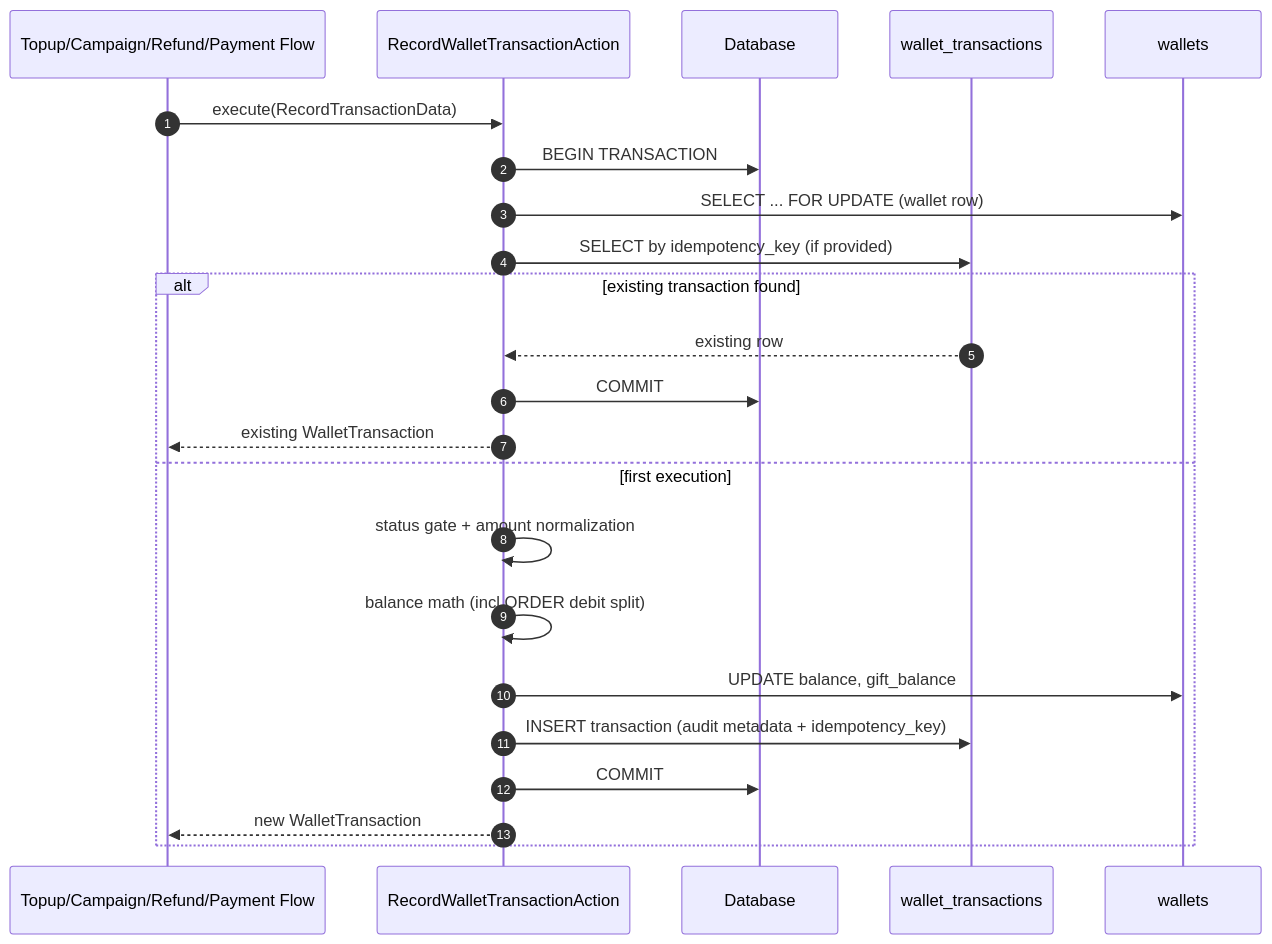
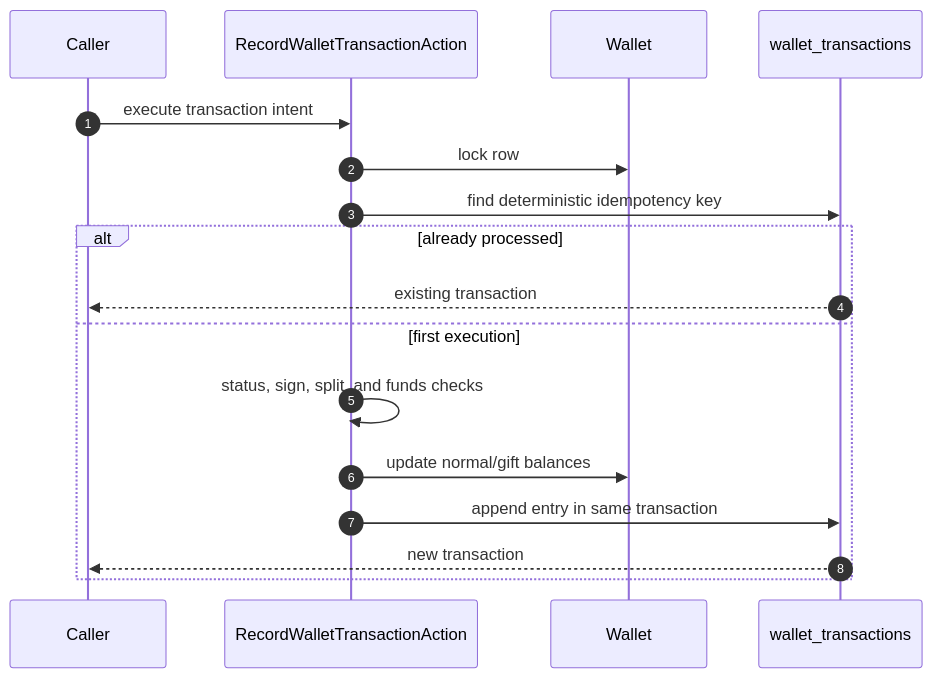
Before and after one commit to SaeidSharafi/JeduApi: the second of 3 diagrams in docs/Architecture/Wallet.md, drawn with Mermaid. The commit also changed other lines of this file and 26 other files, not shown here.

First line of the commit message:
docs: consolidate architecture documentation

````diff
--- a/docs/Architecture/Wallet.md
+++ b/docs/Architecture/Wallet.md
@@ -31,26 +31,20 @@
 ```mermaid
 sequenceDiagram
     autonumber
-    participant Caller as Topup/Campaign/Refund/Payment Flow
+    participant Caller
     participant Action as RecordWalletTransactionAction
-    participant DB as Database
-    participant WT as wallet_transactions
-    participant W as wallets
+    participant Wallet
+    participant Ledger as wallet_transactions
 
-    Caller->>Action: execute(RecordTransactionData)
-    Action->>DB: BEGIN TRANSACTION
-    Action->>W: SELECT ... FOR UPDATE (wallet row)
-    Action->>WT: SELECT by idempotency_key (if provided)
-    alt existing transaction found
-        WT-->>Action: existing row
-        Action->>DB: COMMIT
-        Action-->>Caller: existing WalletTransaction
+    Caller->>Action: execute transaction intent
+    Action->>Wallet: lock row
+    Action->>Ledger: find deterministic idempotency key
+    alt already processed
+        Ledger-->>Caller: existing transaction
     else first execution
-        Action->>Action: status gate + amount normalization
-        Action->>Action: balance math (incl ORDER debit split)
-        Action->>W: UPDATE balance, gift_balance
-        Action->>WT: INSERT transaction (audit metadata + idempotency_key)
-        Action->>DB: COMMIT
-        Action-->>Caller: new WalletTransaction
+        Action->>Action: status, sign, split, and funds checks
+        Action->>Wallet: update normal/gift balances
+        Action->>Ledger: append entry in same transaction
+        Ledger-->>Caller: new transaction
     end
 ```
````
